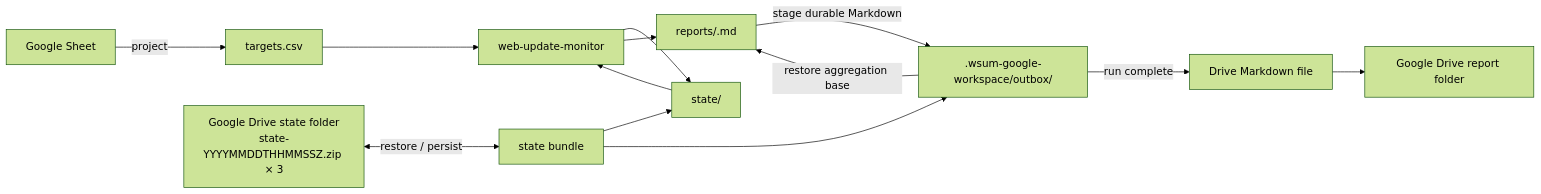
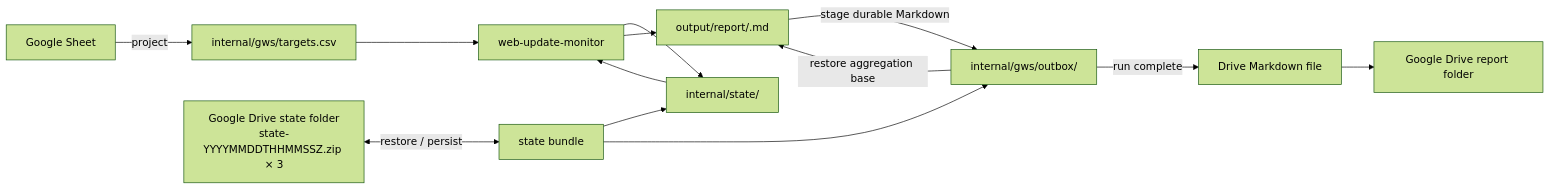
One commit to dceoy/wsum changed the diagram in skills/web-update-monitor-gws/SKILL.md. Above: the diagram before and after it, drawn with Mermaid (forest theme). The commit also changed other lines of this file, not shown here.

Commit message:
docs: move GWS internals under internal

````diff
--- a/skills/web-update-monitor-gws/SKILL.md
+++ b/skills/web-update-monitor-gws/SKILL.md
@@ -16,15 +16,15 @@
 ```mermaid
 flowchart LR
-    GS["Google Sheet"] -->|project| CSV["targets.csv"]
+    GS["Google Sheet"] -->|project| CSV["internal/gws/targets.csv"]
     DS["Google Drive state folder<br/>state-YYYYMMDDTHHMMSSZ.zip × 3"] <-->|restore / persist| BUNDLE["state bundle"]
-    BUNDLE --> STATE["state/"]
-    BUNDLE --> OUT[".wsum-google-workspace/outbox/"]
+    BUNDLE --> STATE["internal/state/"]
+    BUNDLE --> OUT["internal/gws/outbox/"]
     CSV --> CORE["web-update-monitor"]
     STATE --> CORE
     CORE --> STATE
-    CORE --> REPORT["reports/<run-id>.md"]
+    CORE --> REPORT["output/report/<run-id>.md"]
     OUT -->|restore aggregation base| REPORT
     REPORT -->|stage durable Markdown| OUT
     OUT -->|run complete| GMD["Drive Markdown file"]
     GMD --> DR["Google Drive report folder"]
 ```
````
